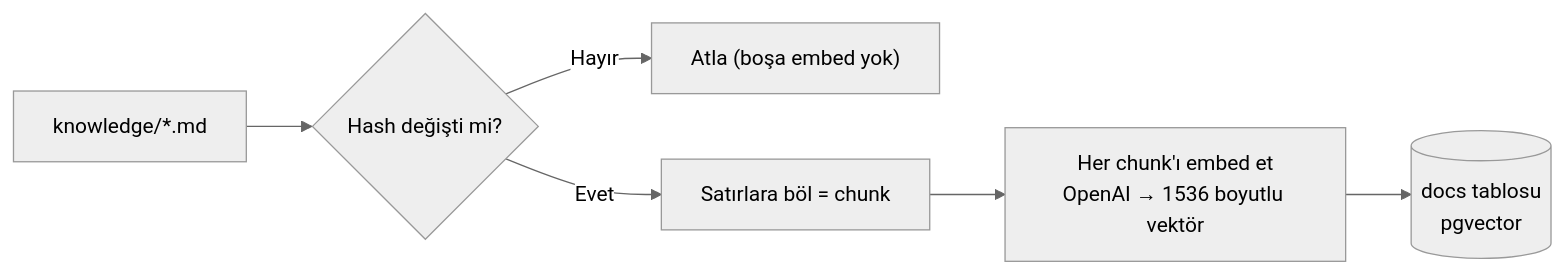
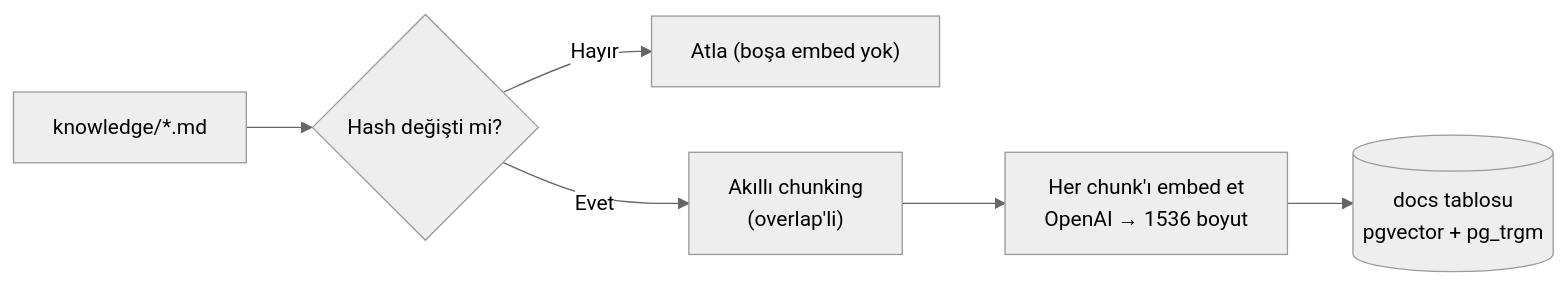
Before and after one commit to fevziacikgoz/RagProject: the first of 3 diagrams in README.md, drawn with Mermaid (neutral theme). The commit also changed other lines of this file and 15 other files, not shown here.

````diff
--- a/README.md
+++ b/README.md
@@ -111,8 +92,8 @@
 ```mermaid
 flowchart LR
     A["knowledge/*.md"] --> B{"Hash değişti mi?"}
     B -- "Hayır" --> C["Atla (boşa embed yok)"]
-    B -- "Evet" --> D["Satırlara böl = chunk"]
-    D --> E["Her chunk'ı embed et<br/>OpenAI → 1536 boyutlu vektör"]
-    E --> F[("docs tablosu<br/>pgvector")]
+    B -- "Evet" --> D["Akıllı chunking<br/>(overlap'li)"]
+    D --> E["Her chunk'ı embed et<br/>OpenAI → 1536 boyut"]
+    E --> F[("docs tablosu<br/>pgvector + pg_trgm")]
 ```
````
